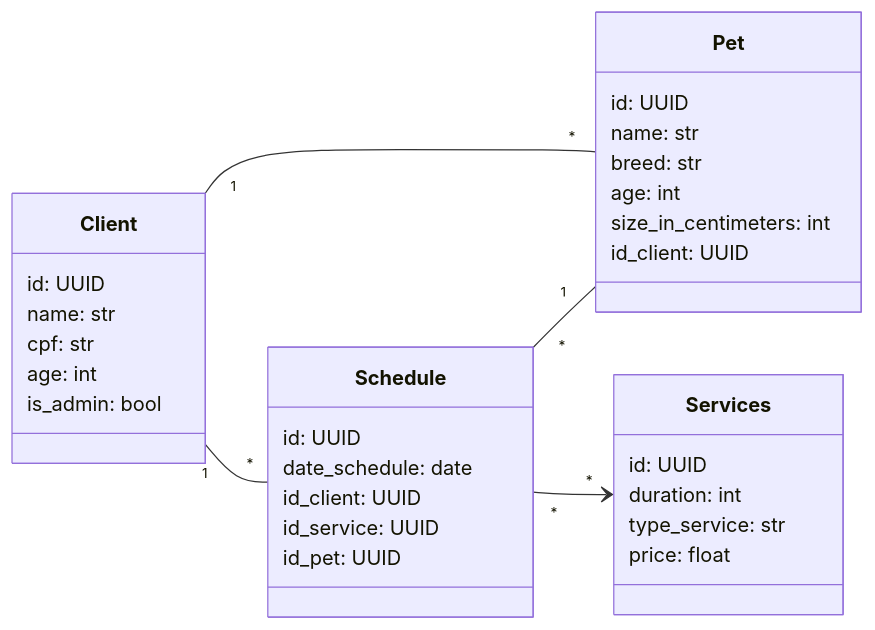
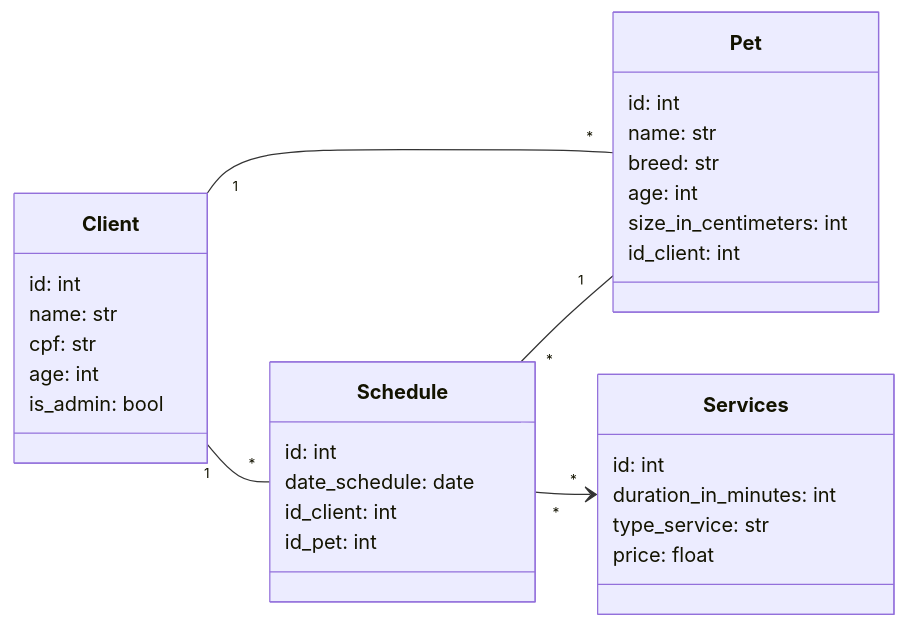
The diagram in README.md (Andremelo001/schendule-pet-shop-sqlmodel), drawn with Mermaid before and after one commit. The commit also changed 13 other files, not shown here.

````diff
--- a/README.md
+++ b/README.md
@@ -1,40 +1,39 @@
 ```mermaid
 classDiagram
     direction LR
     class Client {
-        id: UUID 
+        id: int 
         name: str
         cpf: str
         age: int
         is_admin: bool
     }
 
     class Pet {
-        id: UUID
+        id: int
         name: str
         breed: str
         age: int
         size_in_centimeters: int
-        id_client: UUID
+        id_client: int
     }
 
     class Schedule {
-        id: UUID
+        id: int
         date_schedule: date
-        id_client: UUID
-        id_service: UUID
-        id_pet: UUID
+        id_client: int
+        id_pet: int
     }
 
     class Services {
-        id: UUID
-        duration: int
+        id: int
+        duration_in_minutes: int
         type_service: str
         price: float
     }
 
     Client "1" -- "*" Pet
     Client "1" -- "*" Schedule
     Schedule "*" --> "*" Services
     Schedule "*" -- "1" Pet
 ``` 
````
